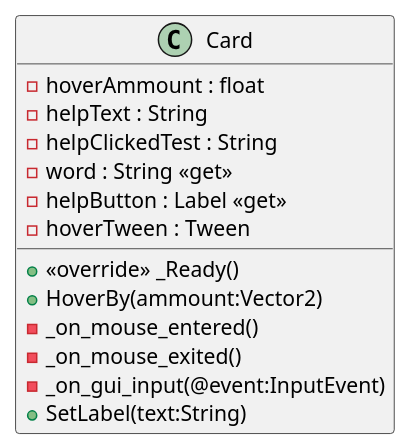
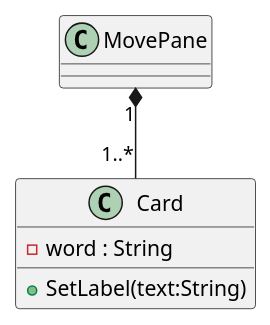
One commit to Leximon-SWE-2025/Leximon changed the diagram in PlantUML/scenes/Card.puml. Above: the diagram before and after it, drawn with PlantUML. The commit also changed 8 other files, not shown here.

Commit message:
update uml

```diff
--- a/PlantUML/scenes/Card.puml
+++ b/PlantUML/scenes/Card.puml
@@ -1,17 +1,19 @@
 @startuml Card
 class Card {
-    - hoverAmmount : float
-    - helpText : String
-    - helpClickedTest : String
-    - word : String <<get>>
-    - helpButton : Label <<get>>
-    - hoverTween : Tween
-    + <<override>> _Ready() 
-    + HoverBy(ammount:Vector2) 
-    - _on_mouse_entered() 
-    - _on_mouse_exited() 
-    - _on_gui_input(@event:InputEvent) 
+    ' - hoverAmmount : float
+    ' - helpText : String
+    ' - helpClickedTest : String
+    - word : String
+    ' - helpButton : Label <<get>>
+    ' - hoverTween : Tween
+    ' + <<override>> _Ready() 
+    ' + HoverBy(ammount:Vector2) 
+    ' - _on_mouse_entered() 
+    ' - _on_mouse_exited() 
+    ' - _on_gui_input(@event:InputEvent) 
     + SetLabel(text:String) 
 }
+
+MovePane "1" *-- "1..*" Card
 ' Control <|-- Card
 @enduml
```
